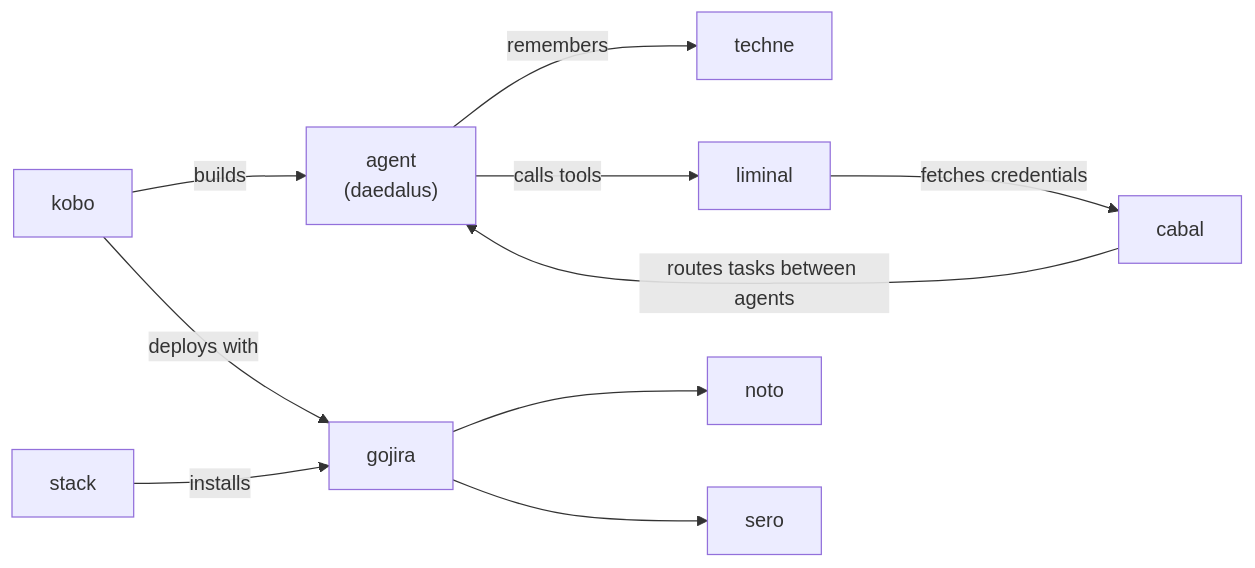
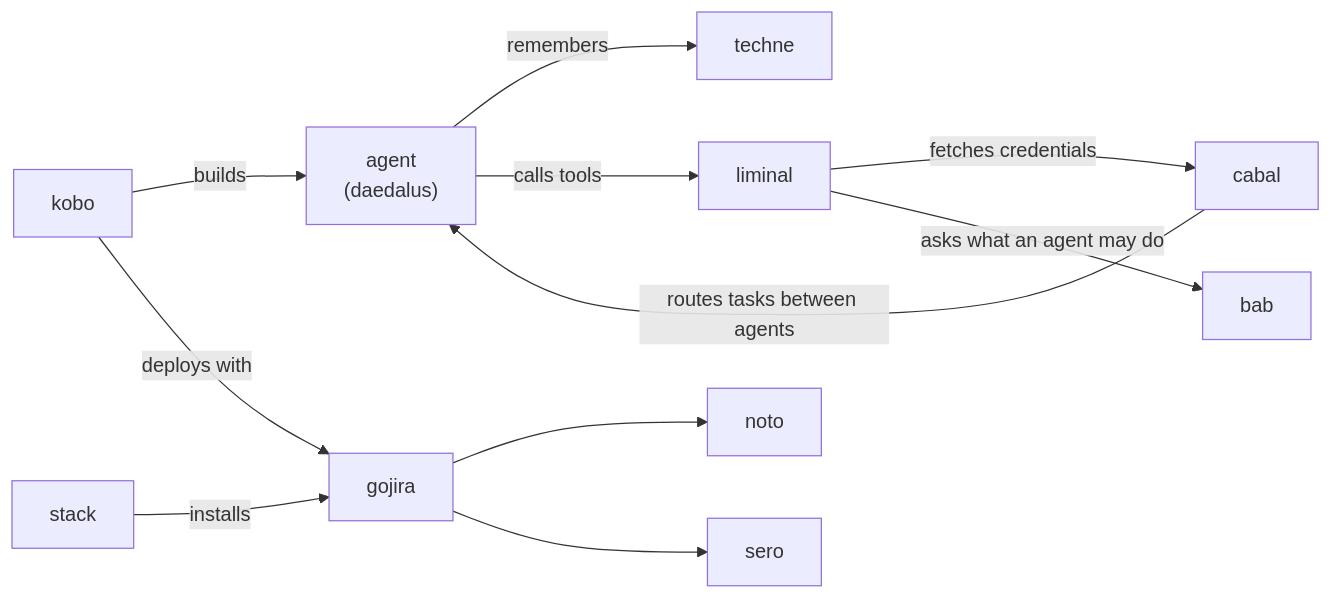
The diagram in profile/README.md (tenishai/.github), drawn with Mermaid before and after one commit. The commit also changed other lines of this file, not shown here.

Commit message:
Org profile: bab in the diagram, and a start-here line

````diff
--- a/profile/README.md
+++ b/profile/README.md
@@ -12,12 +14,13 @@
 ```mermaid
 flowchart LR
   agent["agent<br/>(daedalus)"] -->|remembers| techne
   agent -->|calls tools| liminal
   liminal -->|fetches credentials| cabal
+  liminal -->|asks what an agent may do| bab
   cabal -->|routes tasks between agents| agent
   kobo -->|builds| agent
   kobo -->|deploys with| gojira
   stack -->|installs| gojira
   gojira --> noto
   gojira --> sero
 ```
````
